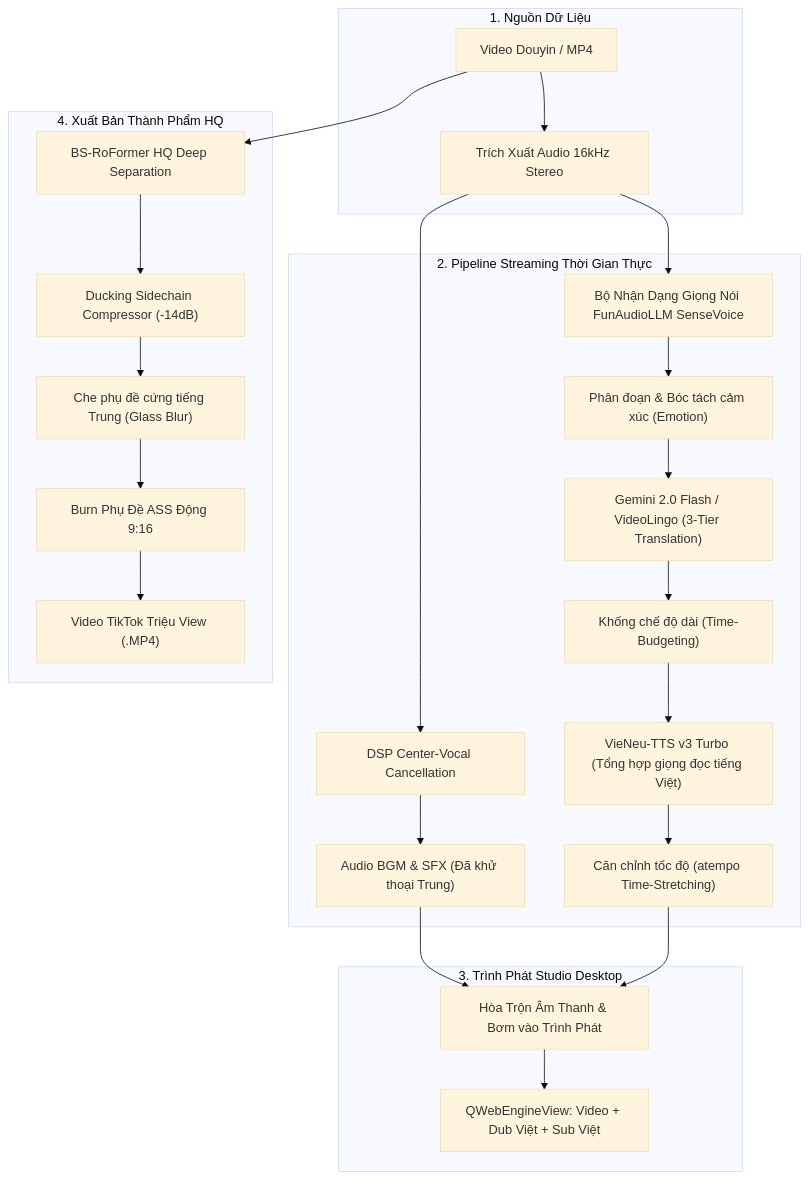
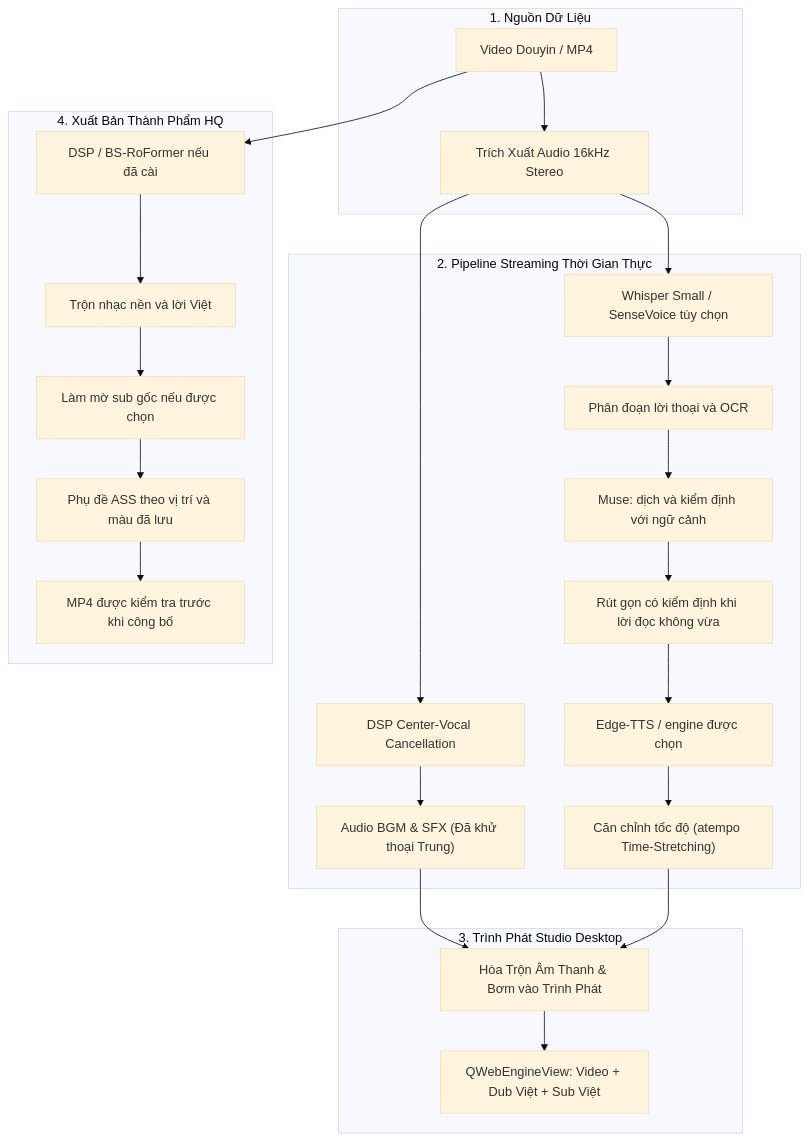
Before and after one commit to vanle1101/videotranslate: the diagram in README.md, drawn with Mermaid (base theme). The commit also changed other lines of this file and 6 other files, not shown here.

````diff
--- a/README.md
+++ b/README.md
@@ -72,31 +72,31 @@
 ```mermaid
 flowchart TD
     subgraph Input ["1. Nguồn Dữ Liệu"]
         A["Video Douyin / MP4"] --> B["Trích Xuất Audio 16kHz Stereo"]
     end
 
     subgraph RealtimePipeline ["2. Pipeline Streaming Thời Gian Thực"]
         B --> C["DSP Center-Vocal Cancellation"]
         C --> D["Audio BGM & SFX (Đã khử thoại Trung)"]
-        B --> E["Bộ Nhận Dạng Giọng Nói FunAudioLLM SenseVoice"]
-        E --> F["Phân đoạn & Bóc tách cảm xúc (Emotion)"]
-        F --> G["Gemini 2.0 Flash / VideoLingo (3-Tier Translation)"]
-        G --> H["Khống chế độ dài (Time-Budgeting)"]
-        H --> I["VieNeu-TTS v3 Turbo (Tổng hợp giọng đọc tiếng Việt)"]
+        B --> E["Whisper Small / SenseVoice tùy chọn"]
+        E --> F["Phân đoạn lời thoại và OCR"]
+        F --> G["Muse: dịch và kiểm định với ngữ cảnh"]
+        G --> H["Rút gọn có kiểm định khi lời đọc không vừa"]
+        H --> I["Edge-TTS / engine được chọn"]
         I --> J["Căn chỉnh tốc độ (atempo Time-Stretching)"]
     end
 
     subgraph StudioPlayer ["3. Trình Phát Studio Desktop"]
         D --> K["Hòa Trộn Âm Thanh & Bơm vào Trình Phát"]
         J --> K
         K --> L["QWebEngineView: Video + Dub Việt + Sub Việt"]
     end
 
     subgraph FinalExport ["4. Xuất Bản Thành Phẩm HQ"]
-        A --> M["BS-RoFormer HQ Deep Separation"]
-        M --> N["Ducking Sidechain Compressor (-14dB)"]
-        N --> O["Che phụ đề cứng tiếng Trung (Glass Blur)"]
-        O --> P["Burn Phụ Đề ASS Động 9:16"]
-        P --> Q["Video TikTok Triệu View (.MP4)"]
+        A --> M["DSP / BS-RoFormer nếu đã cài"]
+        M --> N["Trộn nhạc nền và lời Việt"]
+        N --> O["Làm mờ sub gốc nếu được chọn"]
+        O --> P["Phụ đề ASS theo vị trí và màu đã lưu"]
+        P --> Q["MP4 được kiểm tra trước khi công bố"]
     end
 ```
````
